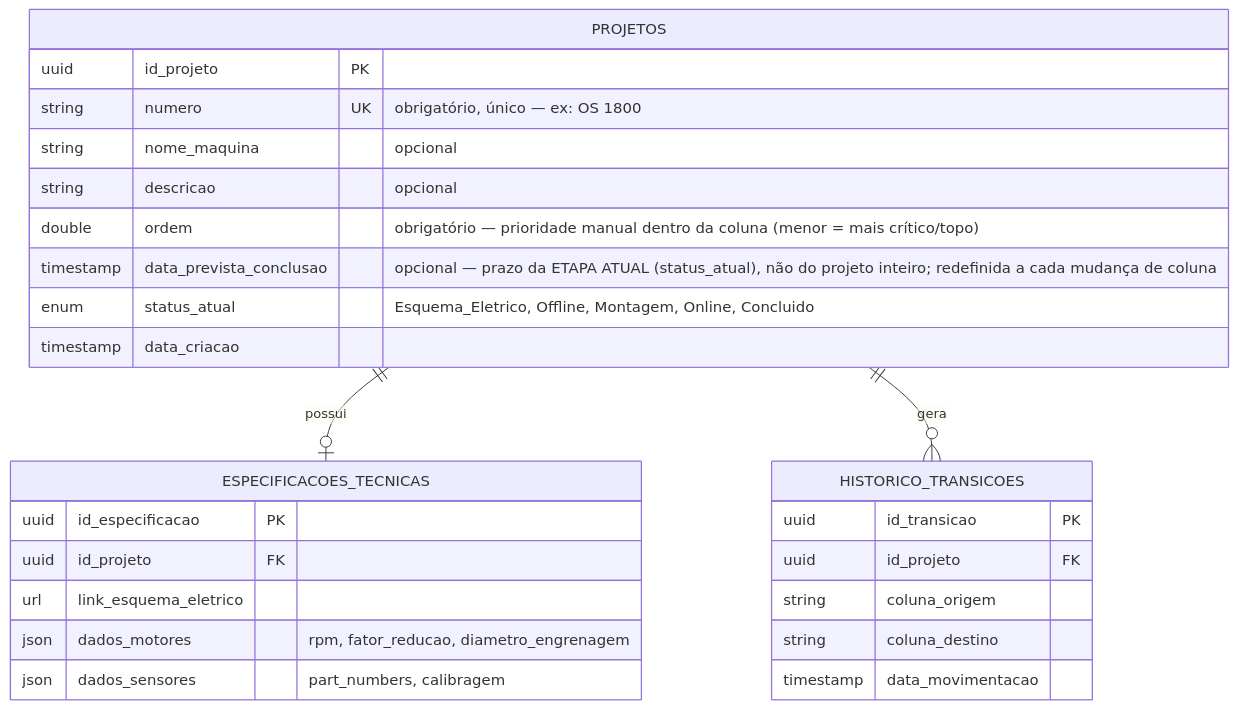
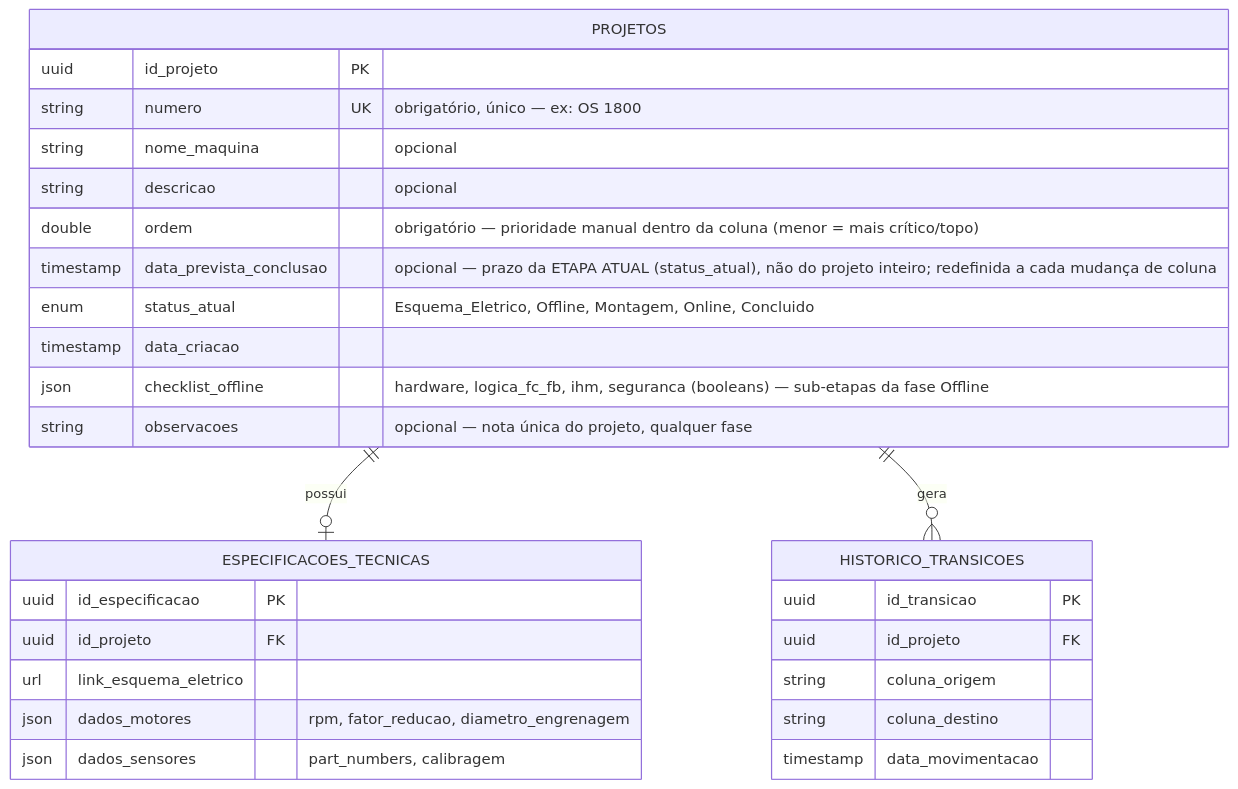
One commit to brunopmourao1/gestao-projetos changed the diagram in Docs/02-Tecnico/Modelo-Dados-ER.md. Above: the diagram before and after it, drawn with Mermaid. The commit also changed other lines of this file and 23 other files, not shown here.

First line of the commit message:
Add HU-15/HU-16: checklist da fase Offline com bloqueio de avanco e observacoes gerais

````diff
--- a/Docs/02-Tecnico/Modelo-Dados-ER.md
+++ b/Docs/02-Tecnico/Modelo-Dados-ER.md
@@ -6,32 +6,34 @@
 ```mermaid
 erDiagram
     PROJETOS ||--o| ESPECIFICACOES_TECNICAS : "possui"
     PROJETOS ||--o{ HISTORICO_TRANSICOES : "gera"
 
     PROJETOS {
         uuid id_projeto PK
         string numero UK "obrigatório, único — ex: OS 1800"
         string nome_maquina "opcional"
         string descricao "opcional"
         double ordem "obrigatório — prioridade manual dentro da coluna (menor = mais crítico/topo)"
         timestamp data_prevista_conclusao "opcional — prazo da ETAPA ATUAL (status_atual), não do projeto inteiro; redefinida a cada mudança de coluna"
         enum status_atual "Esquema_Eletrico, Offline, Montagem, Online, Concluido"
         timestamp data_criacao
+        json checklist_offline "hardware, logica_fc_fb, ihm, seguranca (booleans) — sub-etapas da fase Offline"
+        string observacoes "opcional — nota única do projeto, qualquer fase"
     }
 
     ESPECIFICACOES_TECNICAS {
         uuid id_especificacao PK
         uuid id_projeto FK
         url link_esquema_eletrico
         json dados_motores "rpm, fator_reducao, diametro_engrenagem"
         json dados_sensores "part_numbers, calibragem"
     }
 
     HISTORICO_TRANSICOES {
         uuid id_transicao PK
         uuid id_projeto FK
         string coluna_origem
         string coluna_destino
         timestamp data_movimentacao
     }
 ```
````
